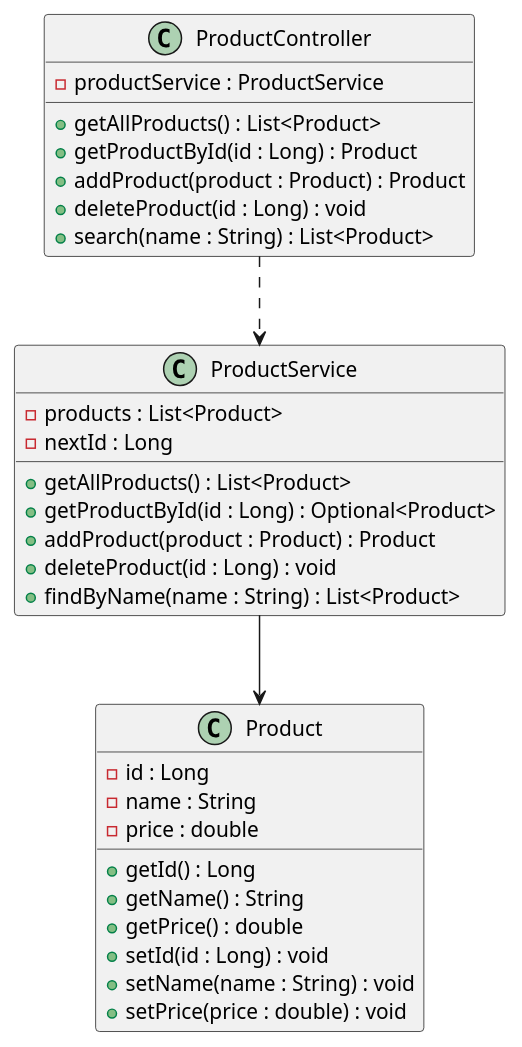
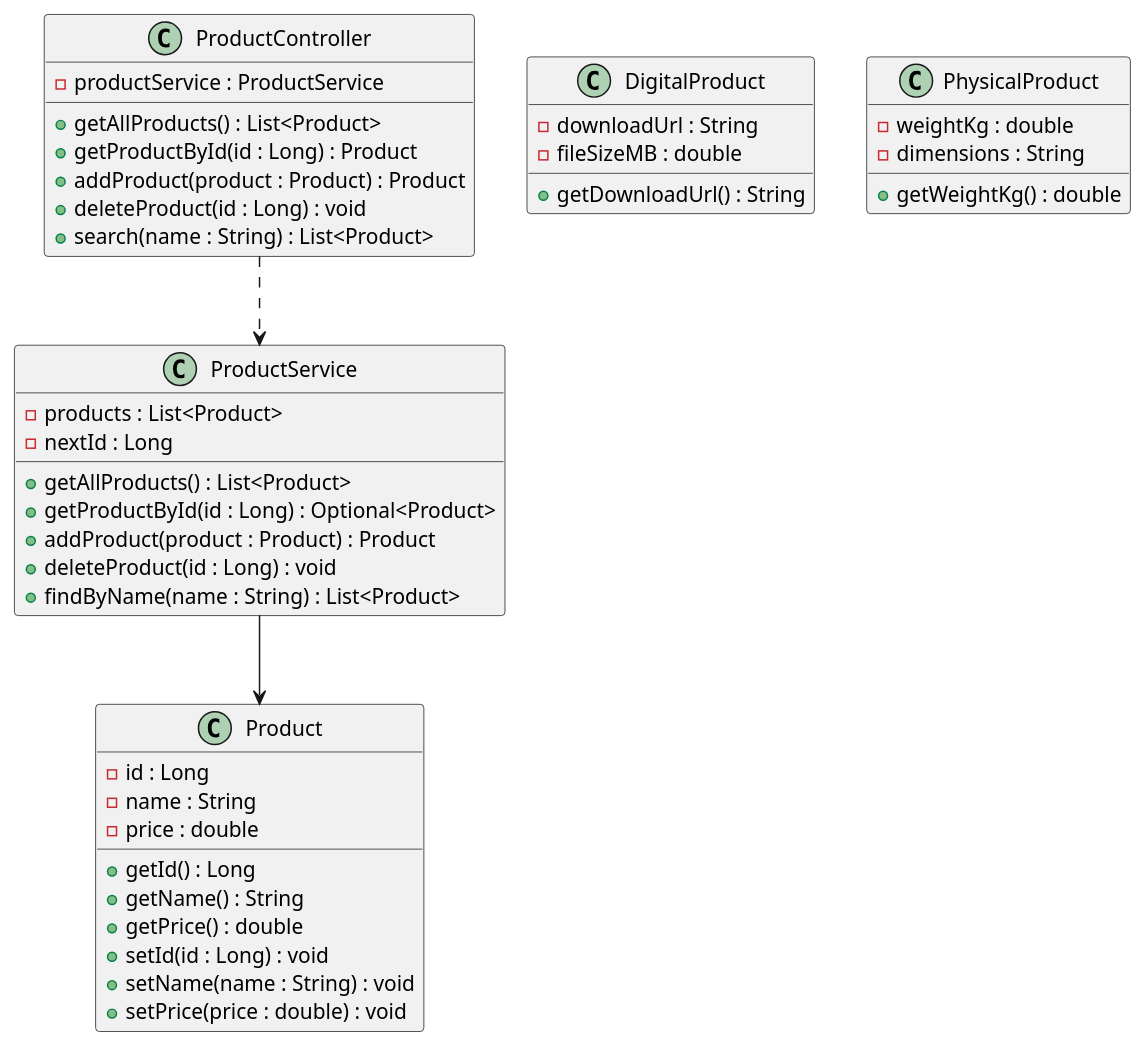
The diagram in OOP-Spring-Boot-Tutorial-main/product-class-diagram.puml (DileepHettiarachchi/OOP-Tut), drawn with PlantUML before and after one commit.

Commit message:
Second Commit

```diff
--- a/OOP-Spring-Boot-Tutorial-main/product-class-diagram.puml
+++ b/OOP-Spring-Boot-Tutorial-main/product-class-diagram.puml
@@ -1,37 +1,49 @@
 @startuml
 class Product {
  - id : Long
  - name : String
  - price : double
  + getId() : Long
  + getName() : String
  + getPrice() : double
  + setId(id : Long) : void
  + setName(name : String) : void
  + setPrice(price : double) : void
 }
 
 class ProductService {
  - products : List<Product>
  - nextId : Long
  + getAllProducts() : List<Product>
  + getProductById(id : Long) : Optional<Product>
  + addProduct(product : Product) : Product
  + deleteProduct(id : Long) : void
  + findByName(name : String) : List<Product>
 }
 
 class ProductController {
  - productService : ProductService
  + getAllProducts() : List<Product>
  + getProductById(id : Long) : Product
  + addProduct(product : Product) : Product
  + deleteProduct(id : Long) : void
  + search(name : String) : List<Product>
 }
+class DigitalProduct {
+  - downloadUrl : String
+  - fileSizeMB : double
+  + getDownloadUrl() : String
+}
+
+class PhysicalProduct {
+  - weightKg : double
+  - dimensions : String
+  + getWeightKg() : double
+}
+
 
 ' ..> is a dependency: DASHED line, open arrow
 ProductController ..> ProductService
 ' --> is an association: SOLID line
 ProductService --> Product
 @enduml
```
